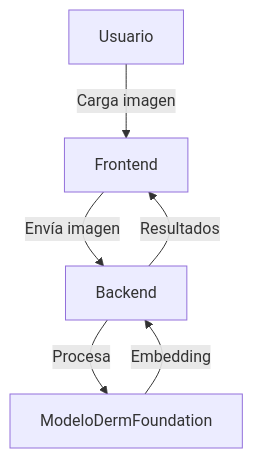
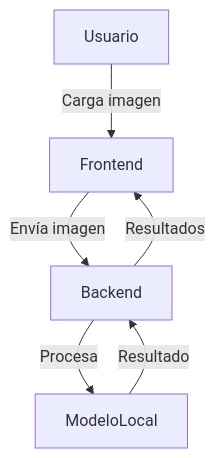
The diagram in README.md (thejoresp/Integrador), drawn with Mermaid before and after one commit. The commit also changed other lines of this file, not shown here.

Commit message:
modificando readme para adaptarlo a futuras modelo y informacion descartada del proyecto

````diff
--- a/README.md
+++ b/README.md
@@ -127,8 +124,8 @@
 ```mermaid
 flowchart TD
     Usuario -->|Carga imagen| Frontend
     Frontend -->|Envía imagen| Backend
-    Backend -->|Procesa| ModeloDermFoundation
-    ModeloDermFoundation -->|Embedding| Backend
+    Backend -->|Procesa| ModeloLocal
+    ModeloLocal -->|Resultado| Backend
     Backend -->|Resultados| Frontend
 ```
````
